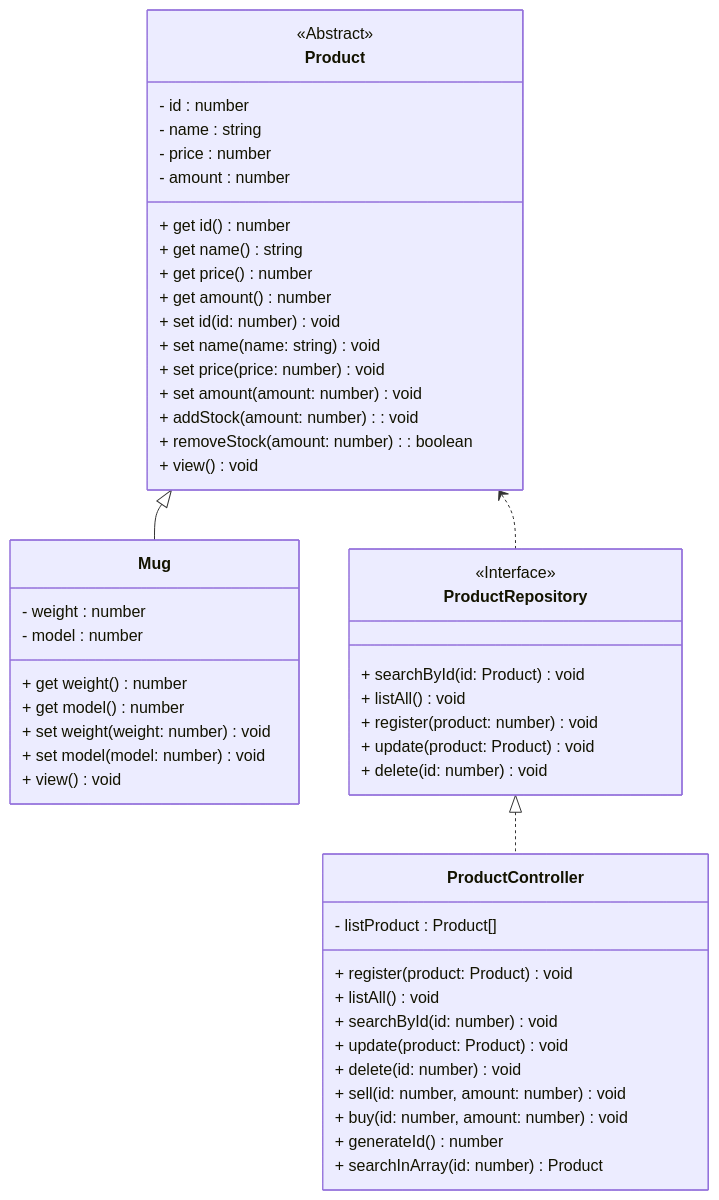
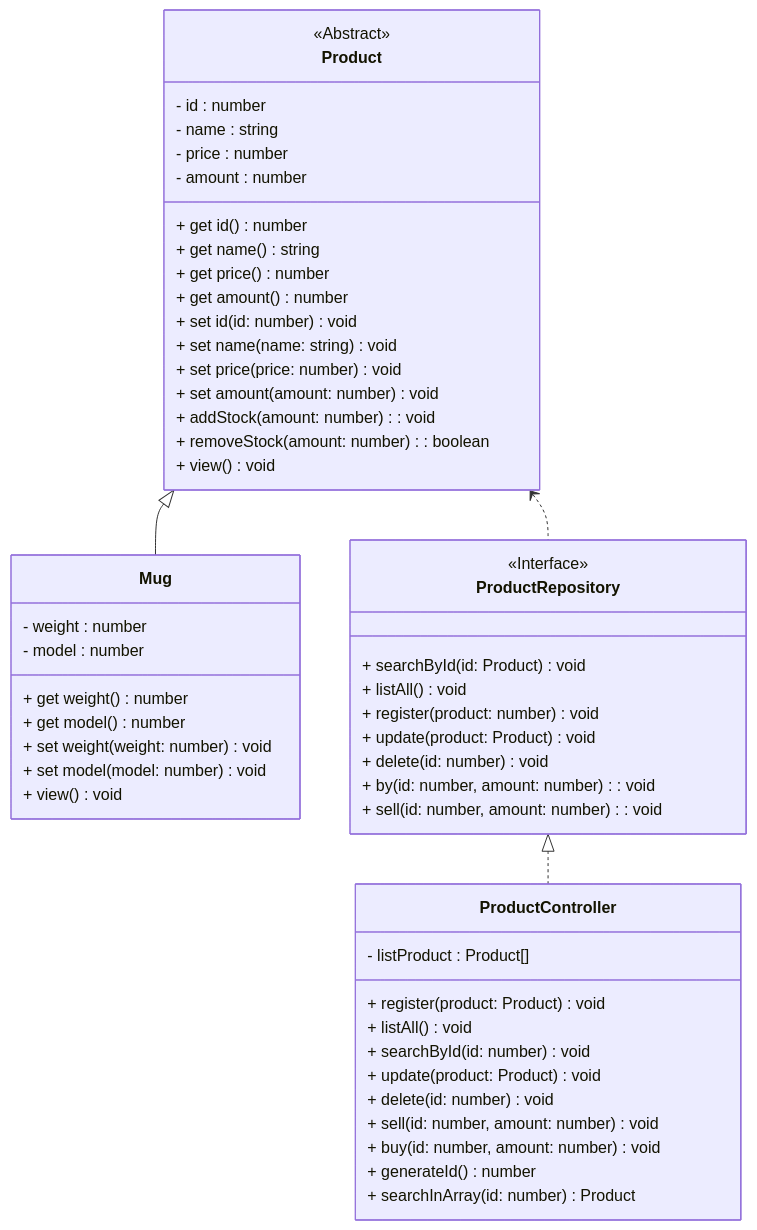
Before and after one commit to AlbertoDuranFilho/estoque_canecas: the diagram in README.md, drawn with Mermaid.

Commit message:
:books: docs: Atualizando o Readme

````diff
--- a/README.md
+++ b/README.md
@@ -40,58 +40,60 @@
 ```mermaid
 classDiagram
 
 class Product {
   <<Abstract>>
   - id : number
   - name : string
   - price : number
   - amount : number
   + get id() number
   + get name() string
   + get price() number
   + get amount() number
   + set id(id: number) void
   + set name(name: string) void
   + set price(price: number) void
   + set amount(amount: number) void
   + addStock(amount: number): void
   + removeStock(amount: number): boolean
   + view() void
 }
 
 class Mug {
   - weight : number
   - model : number
   + get weight() number
   + get model() number
   + set weight(weight: number) void
   + set model(model: number) void
   + view() void
 }
 
 class ProductRepository {
   <<Interface>>
   + searchById(id: Product) void
   + listAll() void
   + register(product: number) void
   + update(product: Product) void
   + delete(id: number) void
+  + by(id: number, amount: number): void
+  + sell(id: number, amount: number): void
 }
 
 class ProductController {
   - listProduct : Product[]
   + register(product: Product) void
   + listAll() void
   + searchById(id: number) void
   + update(product: Product) void
   + delete(id: number) void
   + sell(id: number, amount: number) void
   + buy(id: number, amount: number) void
   + generateId() number
   + searchInArray(id: number) Product
 }
 
 Product <|-- Mug
 Product <.. ProductRepository
 ProductRepository <|.. ProductController
 ```
````
